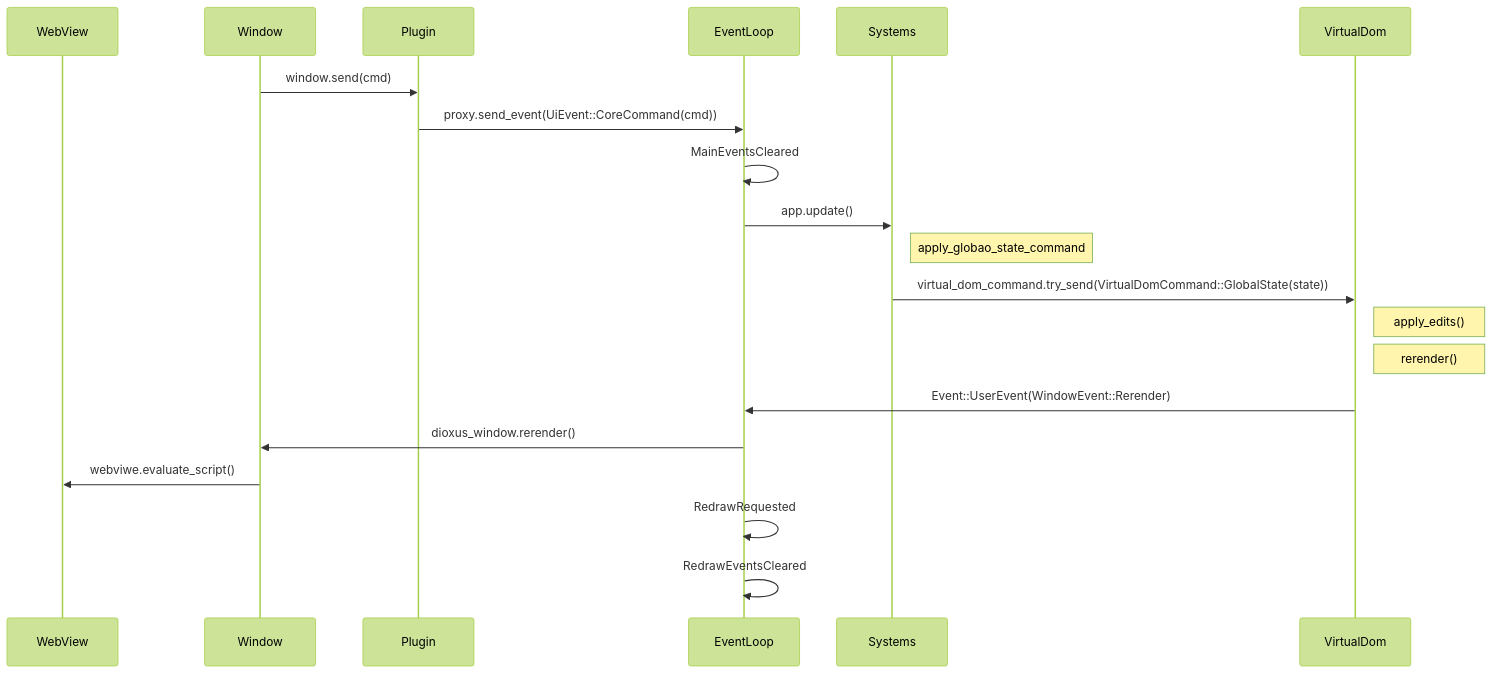
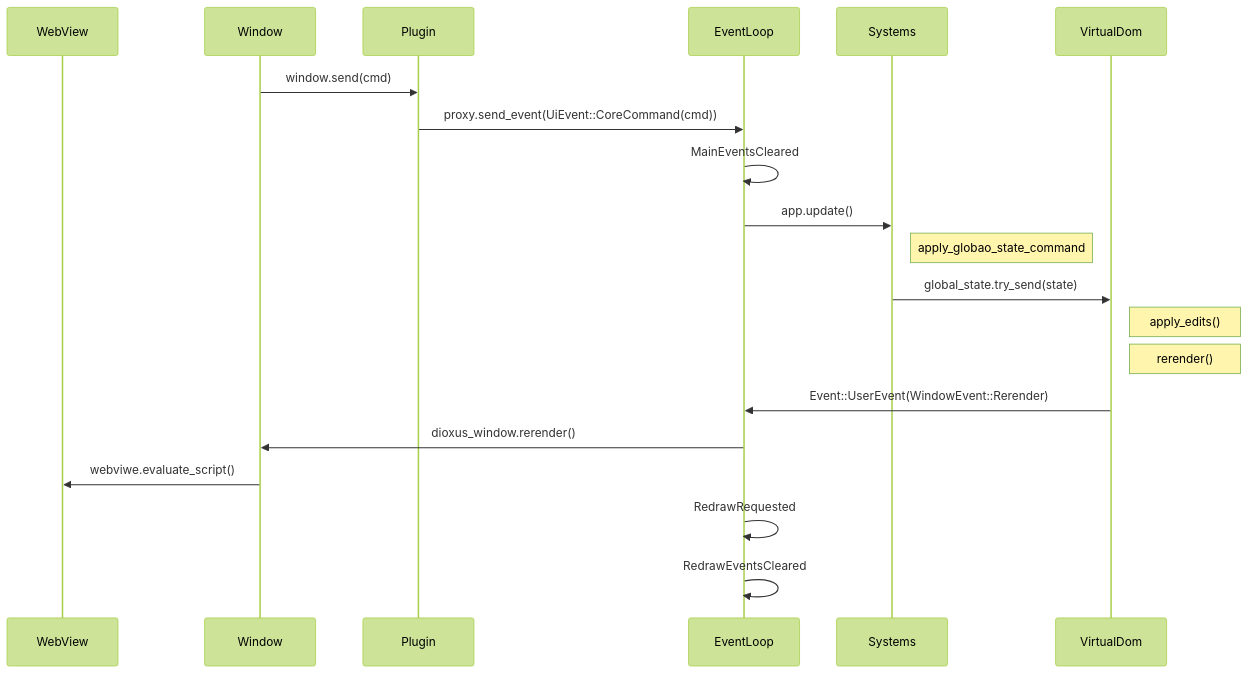
Before and after one commit to Marlboro11526/dip: the fourth of 4 diagrams in packages/website/content/docs/architecture/overview.md, drawn with Mermaid (forest theme). The commit also changed other lines of this file and 12 other files, not shown here.

````diff
--- a/packages/website/content/docs/architecture/overview.md
+++ b/packages/website/content/docs/architecture/overview.md
@@ -69,24 +69,24 @@
 ```mermaid
 sequenceDiagram
     participant WebView
     participant Window
     participant Plugin
     participant EventLoop
     participant Systems
     participant VirtualDom
 
     Window ->> Plugin: window.send(cmd)
     Plugin ->> EventLoop: proxy.send_event(UiEvent::CoreCommand(cmd));
     EventLoop ->> EventLoop: MainEventsCleared
     EventLoop ->> Systems: app.update()
     Note right of Systems: apply_globao_state_command
-    Systems ->> VirtualDom: virtual_dom_command.try_send(VirtualDomCommand::GlobalState(state));
+    Systems ->> VirtualDom: global_state.try_send(state);
     Note right of VirtualDom: apply_edits()
     Note right of VirtualDom: rerender()
     VirtualDom ->> EventLoop: Event::UserEvent(WindowEvent::Rerender)
     EventLoop ->> Window: dioxus_window.rerender()
     Window ->> WebView: webviwe.evaluate_script()
 
     EventLoop ->> EventLoop: RedrawRequested
     EventLoop ->> EventLoop: RedrawEventsCleared
 ```
````
